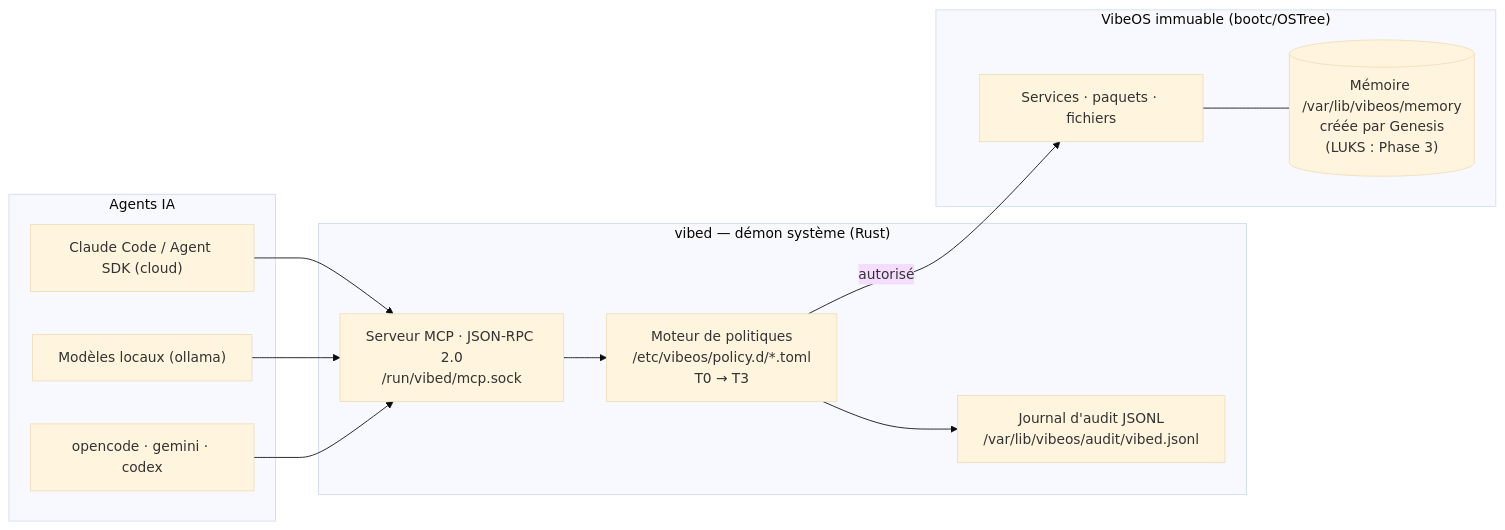
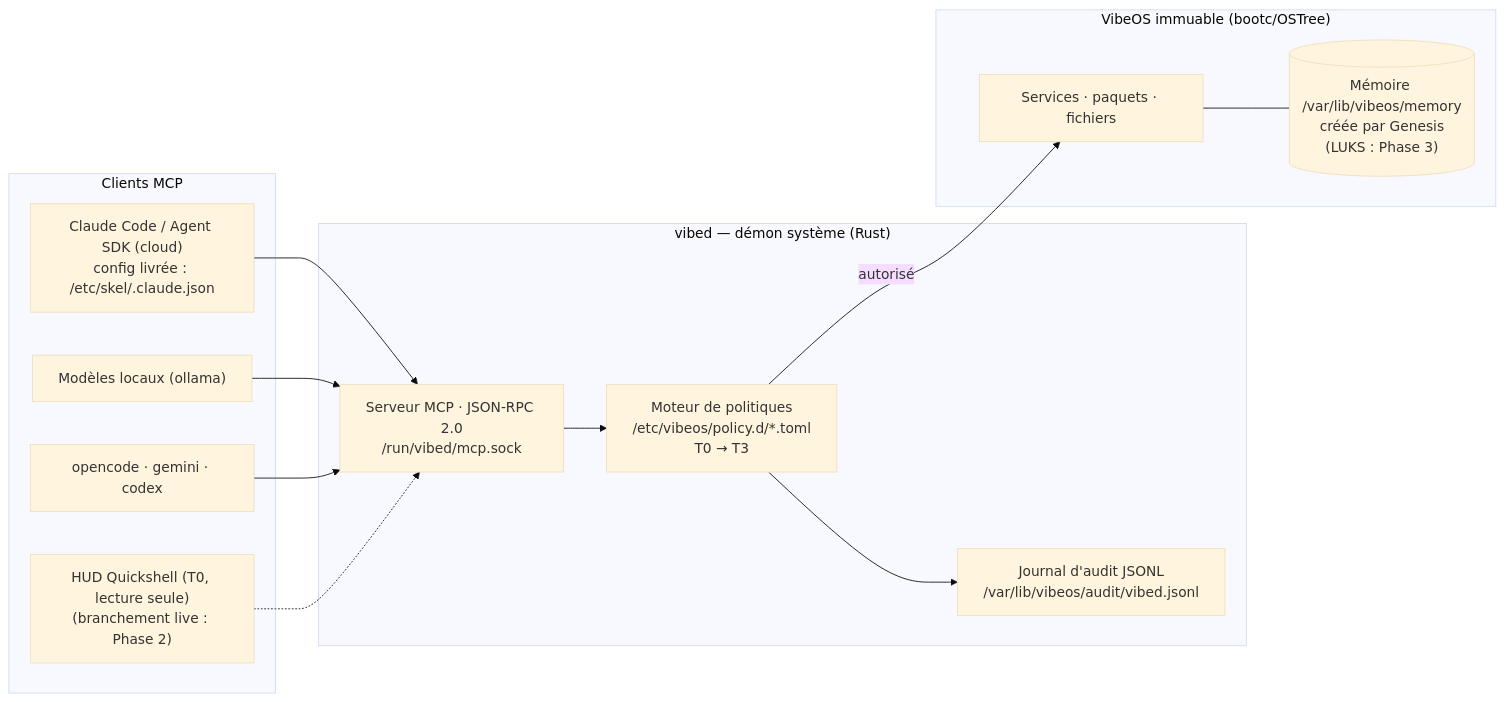
Before and after one commit to Micka420-collab/vibeos: the diagram in README.md, drawn with Mermaid (base theme). The commit also changed other lines of this file and 21 other files, not shown here.

First line of the commit message:
Phase 2 : HUD Quickshell câblé + thème par défaut + config MCP client

````diff
--- a/README.md
+++ b/README.md
@@ -83,24 +89,26 @@
 ```mermaid
 flowchart LR
-    subgraph AGENTS["Agents IA"]
-        CC["Claude Code / Agent SDK (cloud)"]
+    subgraph AGENTS["Clients MCP"]
+        CC["Claude Code / Agent SDK (cloud)<br/>config livrée : /etc/skel/.claude.json"]
         OL["Modèles locaux (ollama)"]
         AD["opencode · gemini · codex"]
+        HUD["HUD Quickshell (T0, lecture seule)<br/>(branchement live : Phase 2)"]
     end
     subgraph VIBED["vibed — démon système (Rust)"]
         MCP["Serveur MCP · JSON-RPC 2.0<br/>/run/vibed/mcp.sock"]
         POL["Moteur de politiques<br/>/etc/vibeos/policy.d/*.toml<br/>T0 → T3"]
         AUD["Journal d'audit JSONL<br/>/var/lib/vibeos/audit/vibed.jsonl"]
     end
     subgraph OS["VibeOS immuable (bootc/OSTree)"]
         SYS["Services · paquets · fichiers"]
         MEM[("Mémoire /var/lib/vibeos/memory<br/>créée par Genesis<br/>(LUKS : Phase 3)")]
     end
     CC --> MCP
     OL --> MCP
     AD --> MCP
+    HUD -.-> MCP
     MCP --> POL
     POL -->|"autorisé"| SYS
     POL --> AUD
     SYS --- MEM
 ```
````
